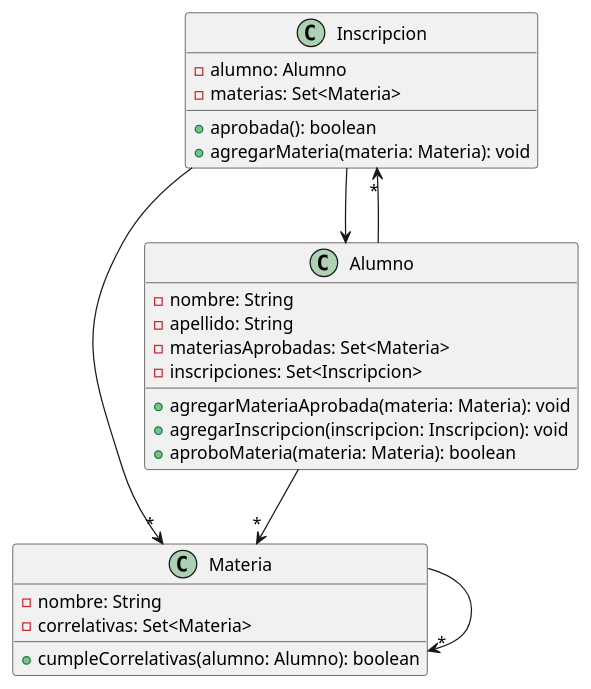
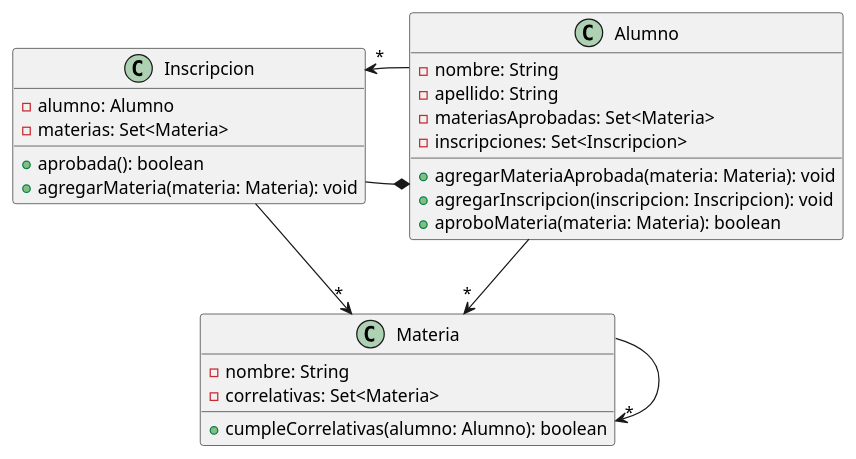
Before and after one commit to jbecerra0/validador-de-correlativas-ddsi-utn: the diagram in src/main/resources/correlativas.puml, drawn with PlantUML. The commit also changed 1 other file, not shown here.

Commit message:
Agrego relación de composición entre Inscripción y Alumno

```diff
--- a/src/main/resources/correlativas.puml
+++ b/src/main/resources/correlativas.puml
@@ -1,40 +1,39 @@
 @startuml
 
 class Materia
 class Inscripcion
 class Alumno
 
 Materia --> "*" Materia
 
-Inscripcion --> Alumno
-'Inscripcion -* Alumno
+Inscripcion -* Alumno
 Inscripcion --> "*" Materia
 
 Alumno --> "*" Materia
 Alumno --> "*" Inscripcion
 
 
 class Alumno {
 - nombre: String
 - apellido: String
 - materiasAprobadas: Set<Materia>
 - inscripciones: Set<Inscripcion>
 + agregarMateriaAprobada(materia: Materia): void
 + agregarInscripcion(inscripcion: Inscripcion): void
 + aproboMateria(materia: Materia): boolean
 }
 
 class Inscripcion {
 - alumno: Alumno
 - materias: Set<Materia>
 + aprobada(): boolean
 + agregarMateria(materia: Materia): void
 }
 
 class Materia {
 - nombre: String
 - correlativas: Set<Materia>
 + cumpleCorrelativas(alumno: Alumno): boolean
 }
 
 @enduml
```
